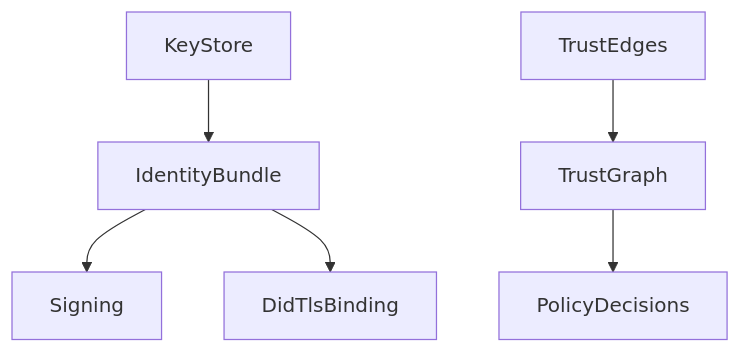
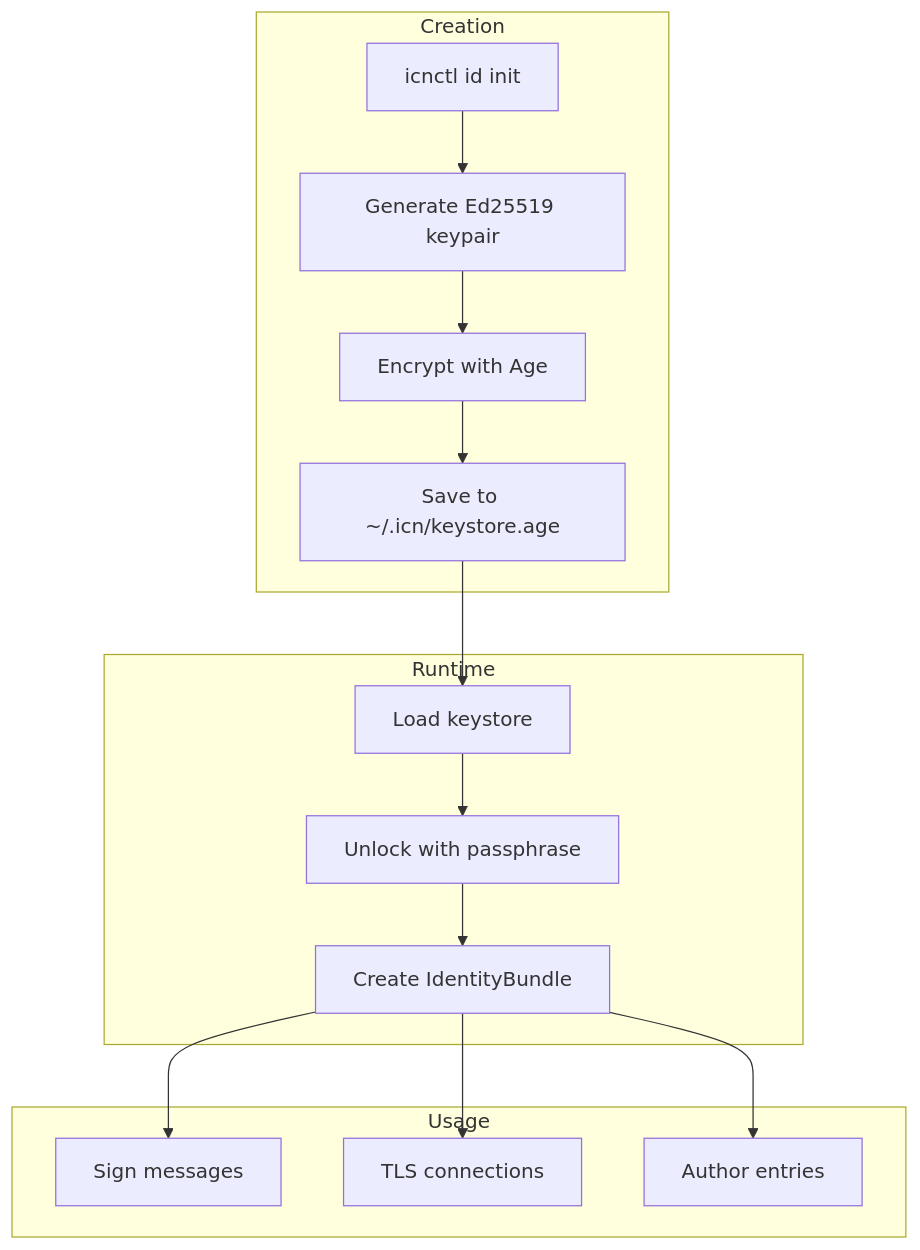
Before and after one commit to InterCooperative-Network/icn: the first of 2 diagrams in docs/onboarding/modules/module-04-identity-trust.md, drawn with Mermaid. The commit also changed other lines of this file and 9 other files, not shown here.

````diff
--- a/docs/onboarding/modules/module-04-identity-trust.md
+++ b/docs/onboarding/modules/module-04-identity-trust.md
@@ -38,8 +512,27 @@
 ```mermaid
-flowchart TD
-  keystore[KeyStore] --> bundle[IdentityBundle]
-  bundle --> sign[Signing]
-  bundle --> tls[DidTlsBinding]
-  trustEdges[TrustEdges] --> trustGraph[TrustGraph]
-  trustGraph --> policies[PolicyDecisions]
+flowchart TB
+    subgraph Creation
+        Init[icnctl id init]
+        Gen[Generate Ed25519 keypair]
+        Enc[Encrypt with Age]
+        Save[Save to ~/.icn/keystore.age]
+    end
+
+    subgraph Runtime
+        Load[Load keystore]
+        Unlock[Unlock with passphrase]
+        Bundle[Create IdentityBundle]
+    end
+
+    subgraph Usage
+        Sign[Sign messages]
+        TLS[TLS connections]
+        Author[Author entries]
+    end
+
+    Init --> Gen --> Enc --> Save
+    Save --> Load --> Unlock --> Bundle
+    Bundle --> Sign
+    Bundle --> TLS
+    Bundle --> Author
 ```
````
